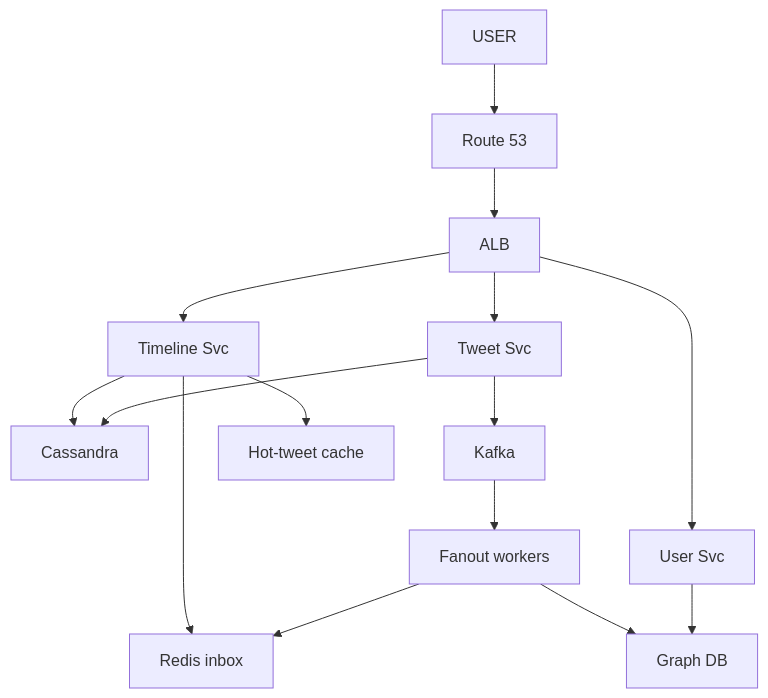
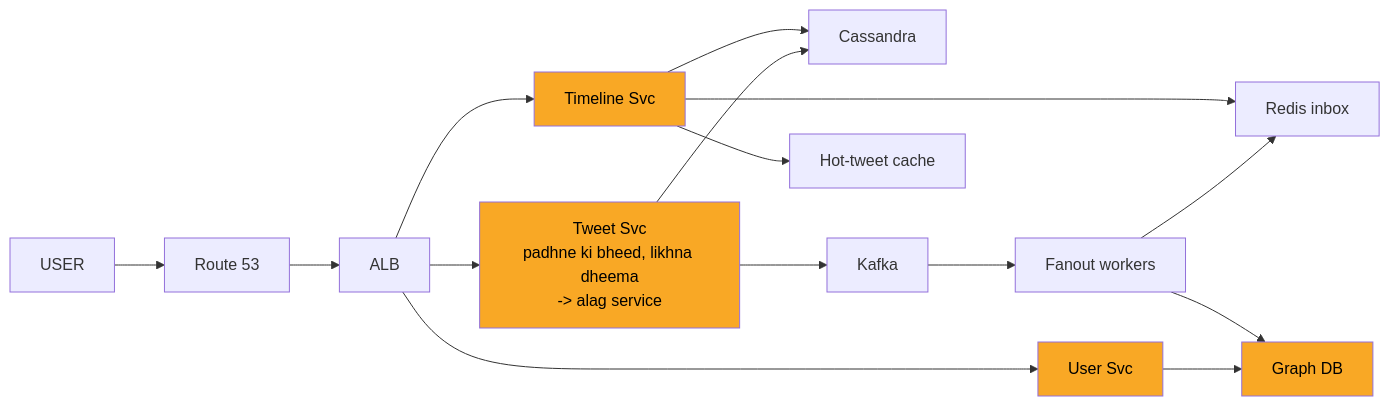
Before and after one commit to ArpanMaheshwari144/Prep: the tenth of 12 diagrams in 04_HLD/SYSTEM_DESIGNS/03_twitter_feed/03_twitter_feed.md, drawn with Mermaid. The commit also changed other lines of this file and 2 other files, not shown here.

Commit message:
url shortener, rate limiter, twitter: one-day story, short cards, follow-ups with rules, highlighted diagrams

````diff
--- a/04_HLD/SYSTEM_DESIGNS/03_twitter_feed/03_twitter_feed.md
+++ b/04_HLD/SYSTEM_DESIGNS/03_twitter_feed/03_twitter_feed.md
@@ -397,29 +390,33 @@
 ```mermaid
-flowchart TD
+flowchart LR
     n_USER["USER"]
     n_Route_53["Route 53"]
     n_ALB["ALB"]
-    n_Tweet_Svc["Tweet Svc"]
+    n_Tweet_Svc["Tweet Svc<br/>padhne ki bheed, likhna dheema<br/>-> alag service"]
     n_Cassandra["Cassandra"]
     n_Kafka["Kafka"]
     n_Fanout_workers["Fanout workers"]
     n_Redis_inbox["Redis inbox"]
     n_Timeline_Svc["Timeline Svc"]
     n_Hot_tweet_cache["Hot-tweet cache"]
     n_User_Svc["User Svc"]
     n_Graph_DB["Graph DB"]
     n_USER --> n_Route_53
     n_Route_53 --> n_ALB
     n_ALB --> n_Tweet_Svc
     n_ALB --> n_Timeline_Svc
     n_ALB --> n_User_Svc
     n_Tweet_Svc --> n_Cassandra
     n_Tweet_Svc --> n_Kafka
     n_Kafka --> n_Fanout_workers
     n_Fanout_workers --> n_Redis_inbox
     n_Timeline_Svc --> n_Redis_inbox
     n_Timeline_Svc --> n_Hot_tweet_cache
     n_Timeline_Svc --> n_Cassandra
     n_User_Svc --> n_Graph_DB
     n_Fanout_workers --> n_Graph_DB
+    style n_Tweet_Svc fill:#f9a825,color:#000
+    style n_Timeline_Svc fill:#f9a825,color:#000
+    style n_User_Svc fill:#f9a825,color:#000
+    style n_Graph_DB fill:#f9a825,color:#000
 ```
````
